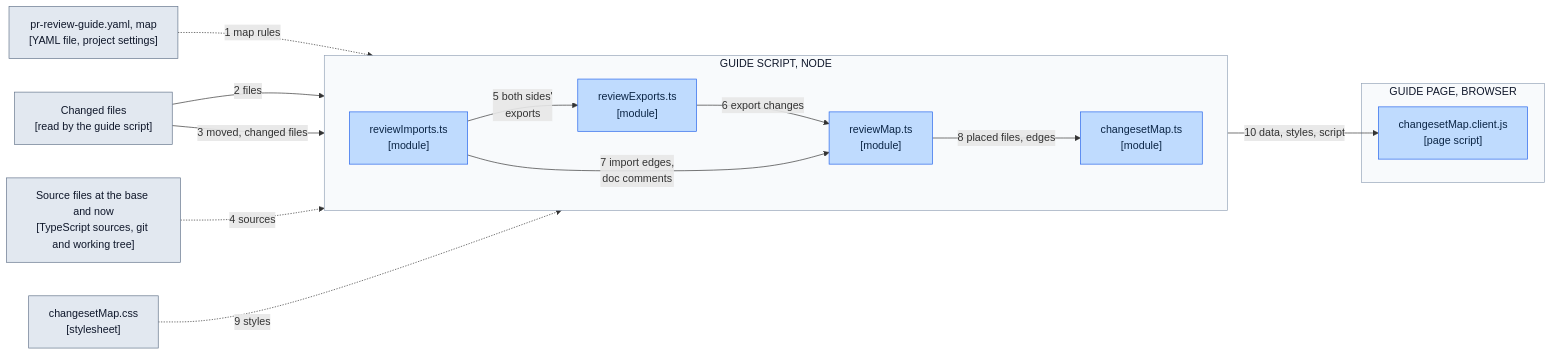
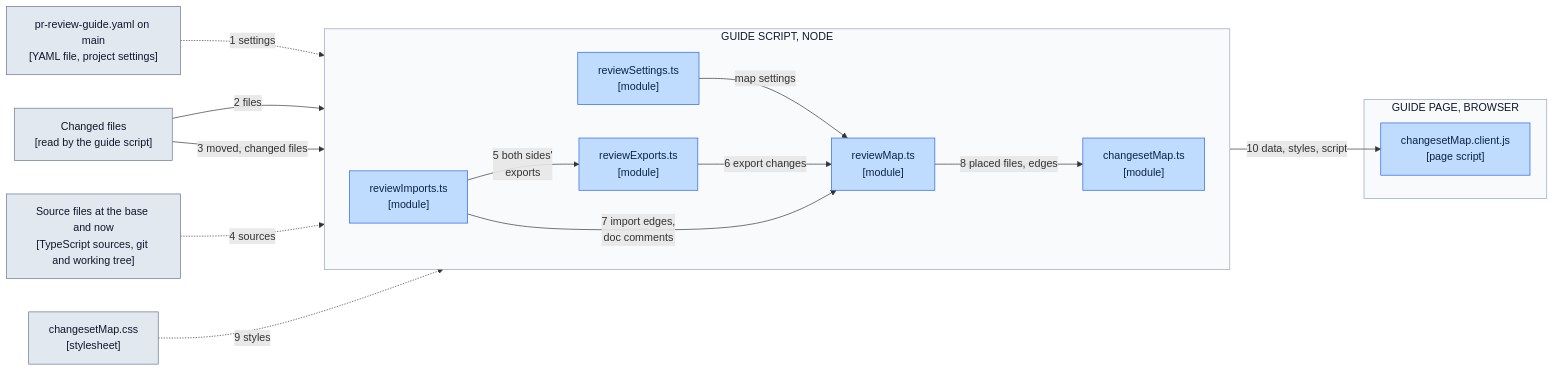
One commit to cfisch3r/estimate changed the seventh of 7 diagrams in docs/technical/pr-review-catalogue.md. Above: the diagram before and after it, drawn with Mermaid. The commit also changed other lines of this file and 1 other file, not shown here.

Commit message:
docs: name the settings module in the build diagram and tighten the settings wording

````diff
--- a/docs/technical/pr-review-catalogue.md
+++ b/docs/technical/pr-review-catalogue.md
@@ -395,35 +395,37 @@
 ```mermaid
 flowchart LR
-  Cfg["pr-review-guide.yaml, map<br/>[YAML file, project settings]"]
+  Cfg["pr-review-guide.yaml on main<br/>[YAML file, project settings]"]
   Changed["Changed files<br/>[read by the guide script]"]
   Src["Source files at the base and now<br/>[TypeScript sources, git and working tree]"]
   Css["changesetMap.css<br/>[stylesheet]"]
   subgraph NODE["GUIDE SCRIPT, NODE"]
     direction LR
+    Settings["reviewSettings.ts<br/>[module]"]
     Imports["reviewImports.ts<br/>[module]"]
     Exports["reviewExports.ts<br/>[module]"]
     Place["reviewMap.ts<br/>[module]"]
     Render["changesetMap.ts<br/>[module]"]
   end
   subgraph BROWSER["GUIDE PAGE, BROWSER"]
     Client["changesetMap.client.js<br/>[page script]"]
   end
-  Cfg -.->|"1 map rules"| Place
+  Cfg -.->|"1 settings"| Settings
+  Settings -->|"map settings"| Place
   Changed -->|"2 files"| Place
   Changed -->|"3 moved, changed files"| Imports
   Src -.->|"4 sources"| Imports
   Imports -->|"5 both sides'<br/>exports"| Exports
   Exports -->|"6 export changes"| Place
   Imports -->|"7 import edges,<br/>doc comments"| Place
   Place -->|"8 placed files, edges"| Render
   Css -.->|"9 styles"| Render
   Render -->|"10 data, styles, script"| Client
 
   classDef script fill:#BFDBFE,stroke:#2563EB,color:#0B2545
   classDef data fill:#E2E8F0,stroke:#64748B,color:#0F172A
 
-  class Imports,Exports,Place,Render,Client script
+  class Settings,Imports,Exports,Place,Render,Client script
   class Cfg,Changed,Src,Css data
   style NODE fill:#F8FAFC,stroke:#94A3B8,color:#0F172A
   style BROWSER fill:#F8FAFC,stroke:#94A3B8,color:#0F172A
 ```
````
